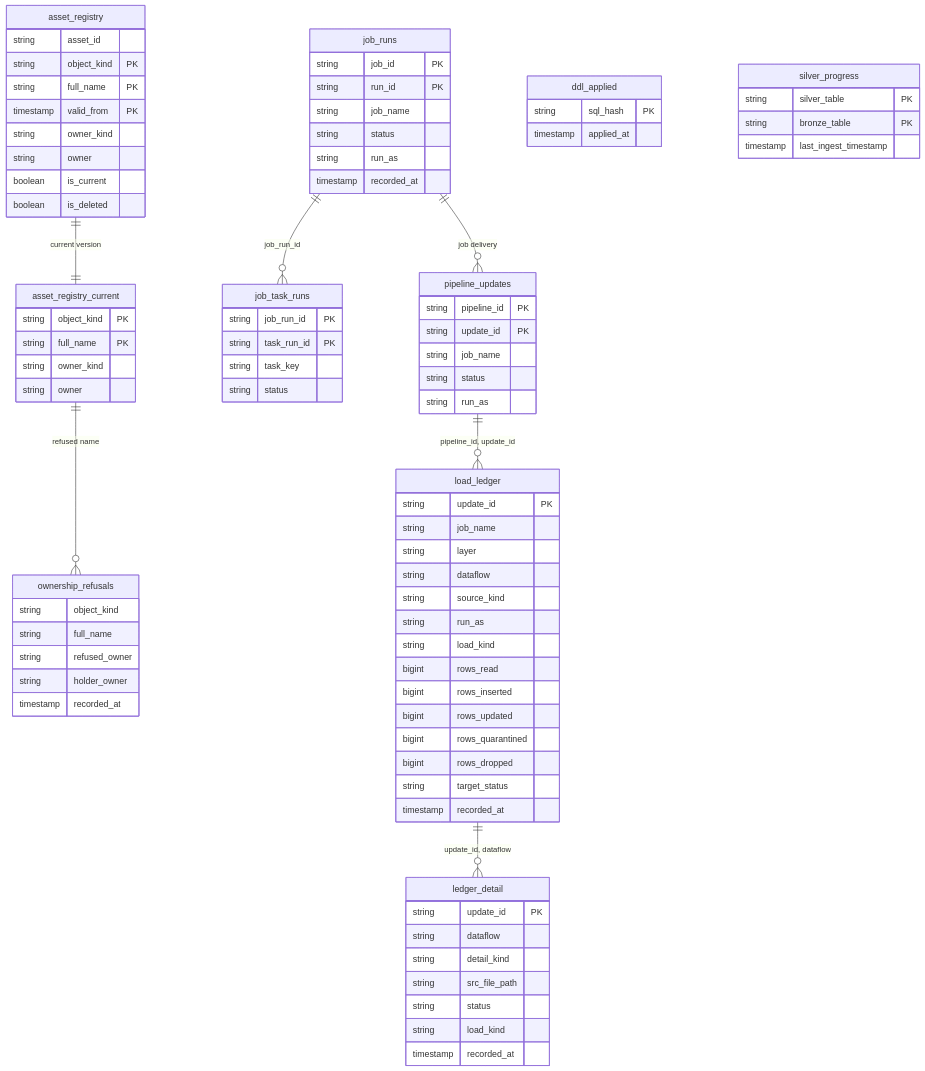
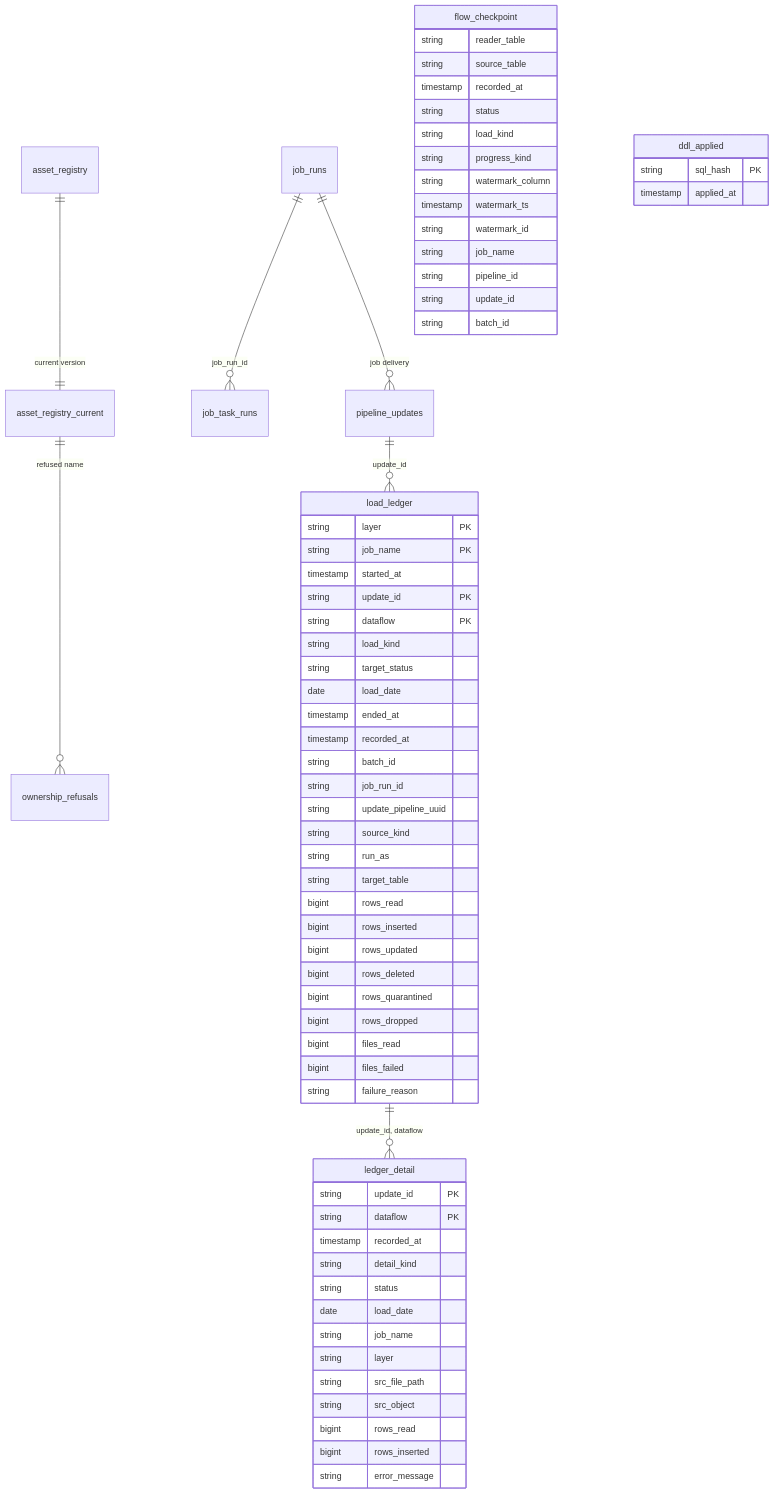
One commit to NitinKeshavB/framework changed the second of 3 diagrams in README.md. Above: the diagram before and after it, drawn with Mermaid. The commit also changed other lines of this file and 15 other files, not shown here.

````diff
--- a/README.md
+++ b/README.md
@@ -108,85 +109,68 @@
   asset_registry_current ||--o{ ownership_refusals : "refused name"
   job_runs ||--o{ job_task_runs : "job_run_id"
   job_runs ||--o{ pipeline_updates : "job delivery"
-  pipeline_updates ||--o{ load_ledger : "pipeline_id, update_id"
+  pipeline_updates ||--o{ load_ledger : "update_id"
   load_ledger ||--o{ ledger_detail : "update_id, dataflow"
 
-  asset_registry {
-    string asset_id
-    string object_kind PK
-    string full_name PK
-    timestamp valid_from PK
-    string owner_kind
-    string owner
-    boolean is_current
-    boolean is_deleted
-  }
-  asset_registry_current {
-    string object_kind PK
-    string full_name PK
-    string owner_kind
-    string owner
-  }
-  ownership_refusals {
-    string object_kind
-    string full_name
-    string refused_owner
-    string holder_owner
+  load_ledger {
+    string layer PK
+    string job_name PK
+    timestamp started_at
+    string update_id PK
+    string dataflow PK
+    string load_kind
+    string target_status
+    date load_date
+    timestamp ended_at
     timestamp recorded_at
-  }
-  job_runs {
-    string job_id PK
-    string run_id PK
-    string job_name
-    string status
-    string run_as
-    timestamp recorded_at
-  }
-  job_task_runs {
-    string job_run_id PK
-    string task_run_id PK
-    string task_key
-    string status
-  }
-  pipeline_updates {
-    string pipeline_id PK
-    string update_id PK
-    string job_name
-    string status
-    string run_as
-  }
-  load_ledger {
-    string update_id PK
-    string job_name
-    string layer
-    string dataflow
+    string batch_id
+    string job_run_id
+    string update_pipeline_uuid
     string source_kind
     string run_as
-    string load_kind
+    string target_table
     bigint rows_read
     bigint rows_inserted
     bigint rows_updated
+    bigint rows_deleted
     bigint rows_quarantined
     bigint rows_dropped
-    string target_status
-    timestamp recorded_at
+    bigint files_read
+    bigint files_failed
+    string failure_reason
   }
   ledger_detail {
     string update_id PK
-    string dataflow
+    string dataflow PK
+    timestamp recorded_at
     string detail_kind
+    string status
+    date load_date
+    string job_name
+    string layer
     string src_file_path
+    string src_object
+    bigint rows_read
+    bigint rows_inserted
+    string error_message
+  }
+  flow_checkpoint {
+    string reader_table
+    string source_table
+    timestamp recorded_at
     string status
     string load_kind
-    timestamp recorded_at
+    string progress_kind
+    string watermark_column
+    timestamp watermark_ts
+    string watermark_id
+    string job_name
+    string pipeline_id
+    string update_id
+    string batch_id
   }
   ddl_applied {
     string sql_hash PK
     timestamp applied_at
   }
-  silver_progress {
-    string silver_table PK
-    string bronze_table PK
-    timestamp last_ingest_timestamp
-  }
 ```
````
